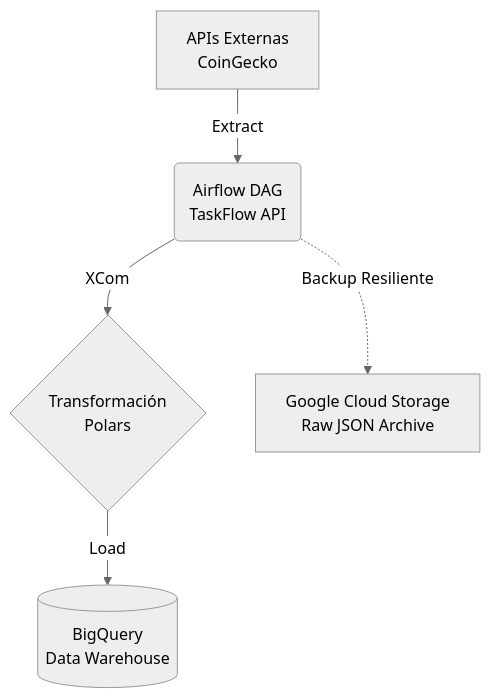
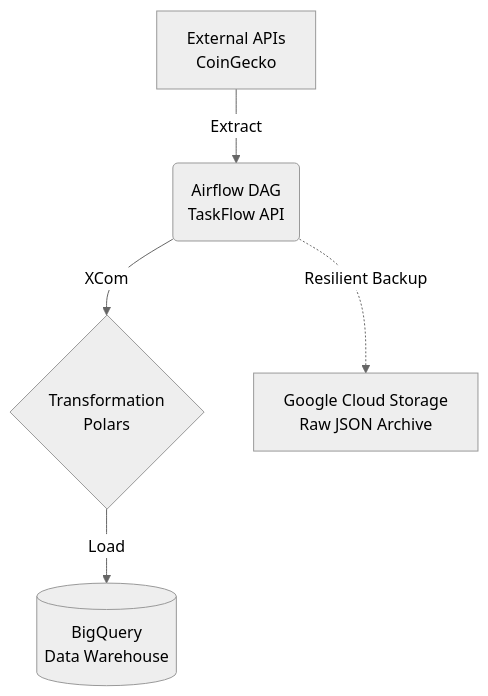
One commit to ale-camer/crypto-analytics-platform changed the diagram in README.md. Above: the diagram before and after it, drawn with Mermaid (neutral theme). The commit also changed other lines of this file and 1 other file, not shown here.

````diff
--- a/README.md
+++ b/README.md
@@ -24,7 +24,7 @@
 ```mermaid
 graph TD
-    A[APIs Externas<br/>CoinGecko] -->|Extract| B(Airflow DAG<br/>TaskFlow API)
-    B -->|XCom| C{Transformación<br/>Polars}
-    B -.->|Backup Resiliente| D[Google Cloud Storage<br/>Raw JSON Archive]
+    A[External APIs<br/>CoinGecko] -->|Extract| B(Airflow DAG<br/>TaskFlow API)
+    B -->|XCom| C{Transformation<br/>Polars}
+    B -.->|Resilient Backup| D[Google Cloud Storage<br/>Raw JSON Archive]
     C -->|Load| E[(BigQuery<br/>Data Warehouse)]
 ```
````
